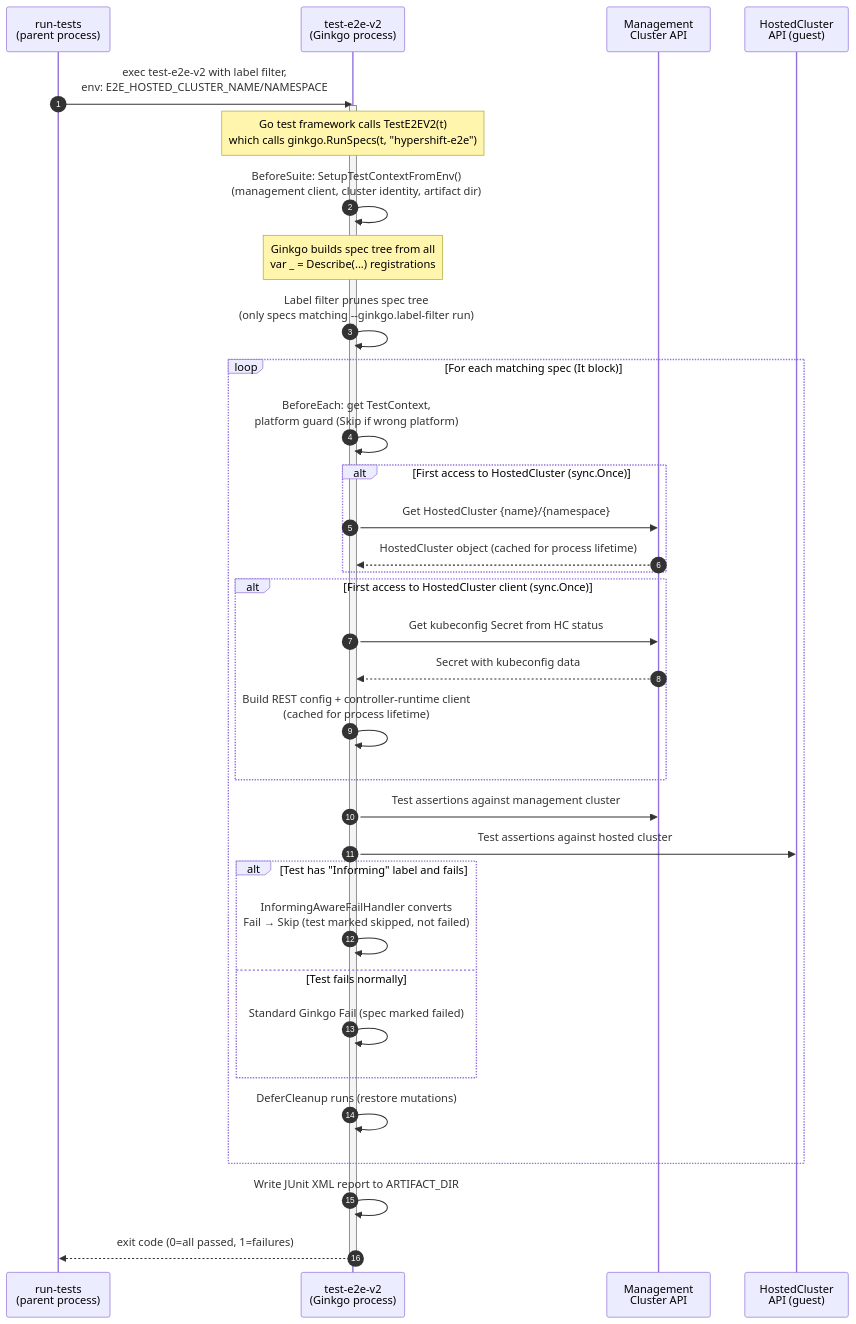
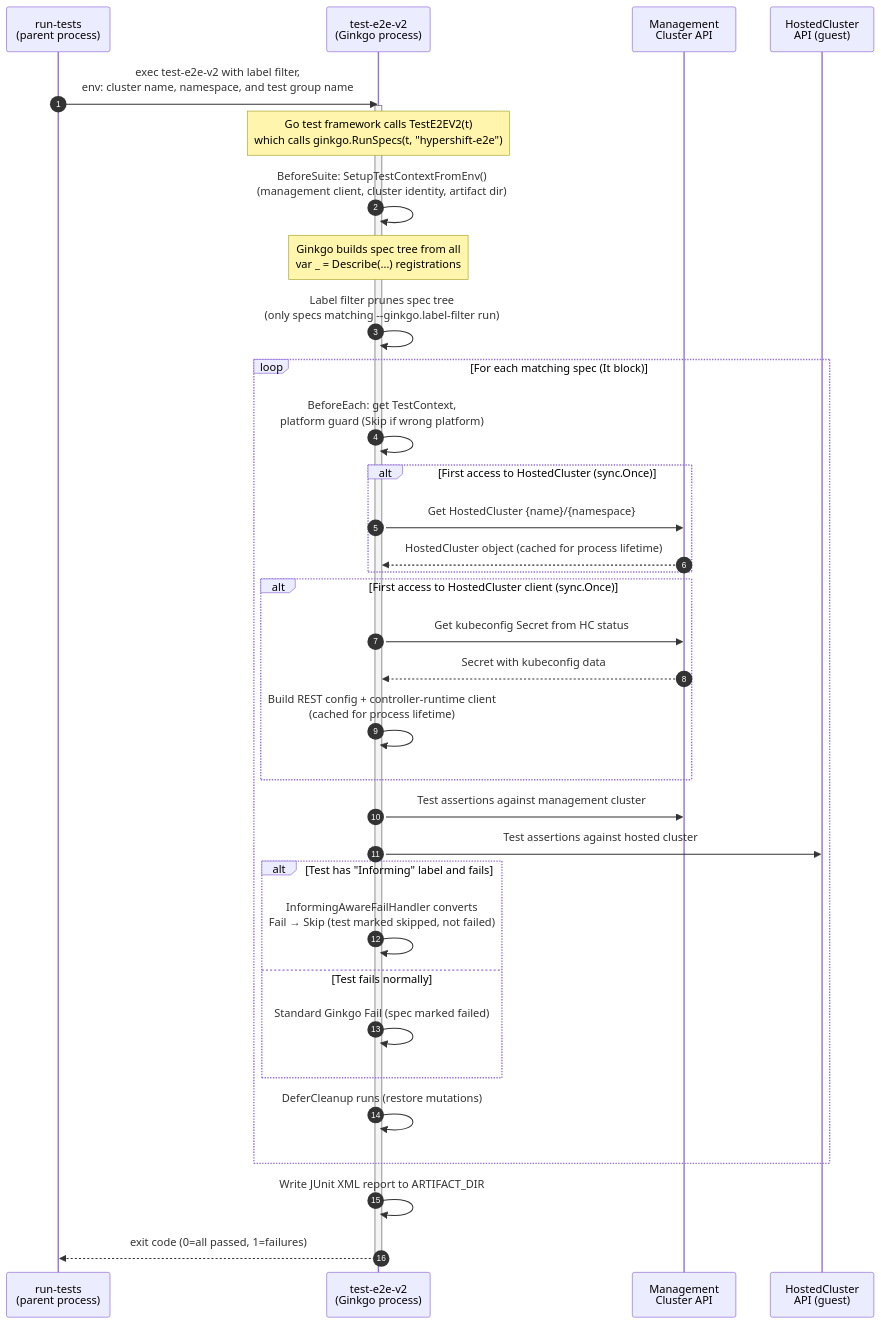
Before and after one commit to openshift/hypershift: the second of 4 diagrams in docs/content/reference/e2e-v2-test-flow.md, drawn with Mermaid. The commit also changed other lines of this file and 7 other files, not shown here.

````diff
--- a/docs/content/reference/e2e-v2-test-flow.md
+++ b/docs/content/reference/e2e-v2-test-flow.md
@@ -267,50 +269,50 @@
 ```mermaid
 sequenceDiagram
     autonumber
 
     participant RT as run-tests<br/>(parent process)
     participant G as test-e2e-v2<br/>(Ginkgo process)
     participant MC as Management<br/>Cluster API
     participant HCA as HostedCluster<br/>API (guest)
 
-    RT->>G: exec test-e2e-v2 with label filter,<br/>env: E2E_HOSTED_CLUSTER_NAME/NAMESPACE
+    RT->>G: exec test-e2e-v2 with label filter,<br/>env: cluster name, namespace, and test group name
 
     activate G
     Note over G: Go test framework calls TestE2EV2(t)<br/>which calls ginkgo.RunSpecs(t, "hypershift-e2e")
 
     G->>G: BeforeSuite: SetupTestContextFromEnv()<br/>(management client, cluster identity, artifact dir)
 
     Note over G: Ginkgo builds spec tree from all<br/>var _ = Describe(...) registrations
 
     G->>G: Label filter prunes spec tree<br/>(only specs matching --ginkgo.label-filter run)
 
     loop For each matching spec (It block)
         G->>G: BeforeEach: get TestContext,<br/>platform guard (Skip if wrong platform)
 
         alt First access to HostedCluster (sync.Once)
             G->>MC: Get HostedCluster {name}/{namespace}
             MC-->>G: HostedCluster object (cached for process lifetime)
         end
 
         alt First access to HostedCluster client (sync.Once)
             G->>MC: Get kubeconfig Secret from HC status
             MC-->>G: Secret with kubeconfig data
             G->>G: Build REST config + controller-runtime client<br/>(cached for process lifetime)
         end
 
         G->>MC: Test assertions against management cluster
         G->>HCA: Test assertions against hosted cluster
 
         alt Test has "Informing" label and fails
             G->>G: InformingAwareFailHandler converts<br/>Fail → Skip (test marked skipped, not failed)
         else Test fails normally
             G->>G: Standard Ginkgo Fail (spec marked failed)
         end
 
         G->>G: DeferCleanup runs (restore mutations)
     end
 
     G->>G: Write JUnit XML report to ARTIFACT_DIR
     G-->>RT: exit code (0=all passed, 1=failures)
     deactivate G
 ```
````
